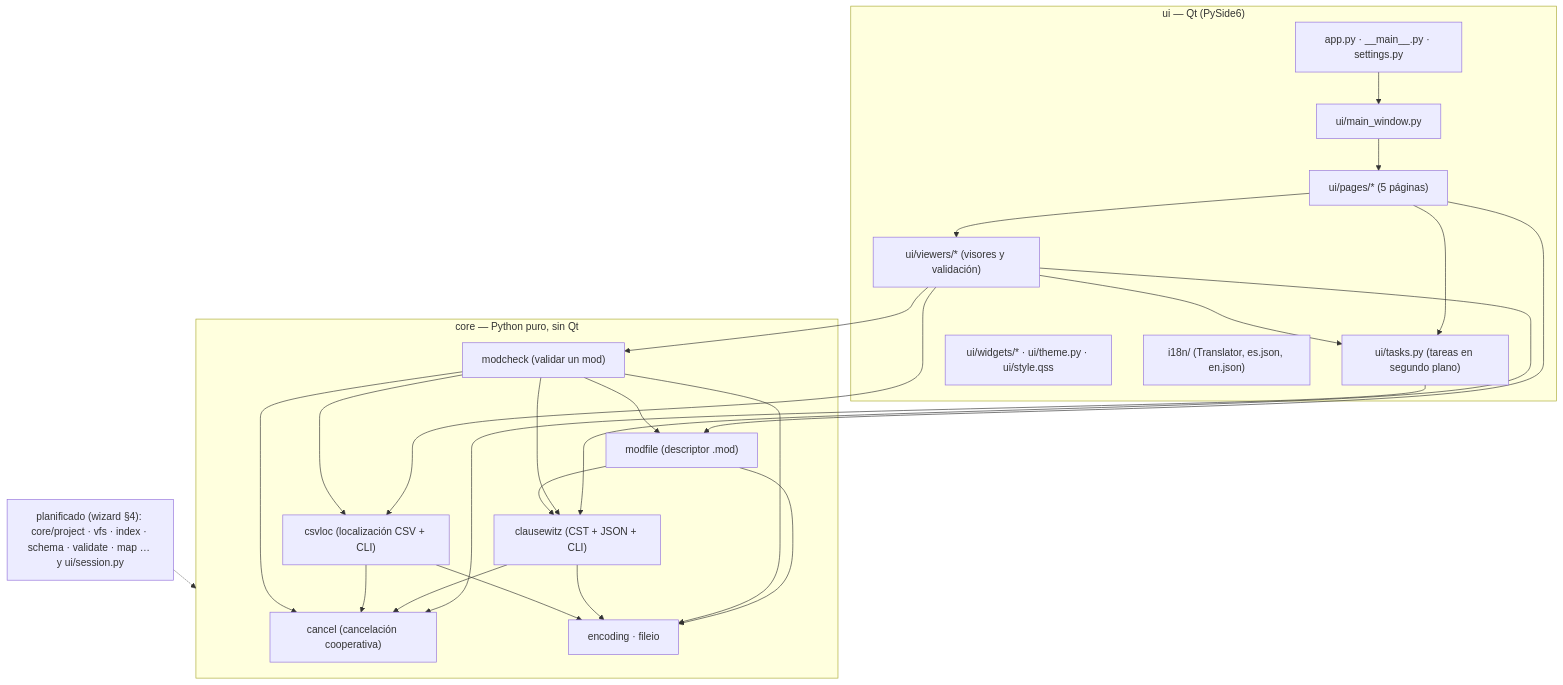
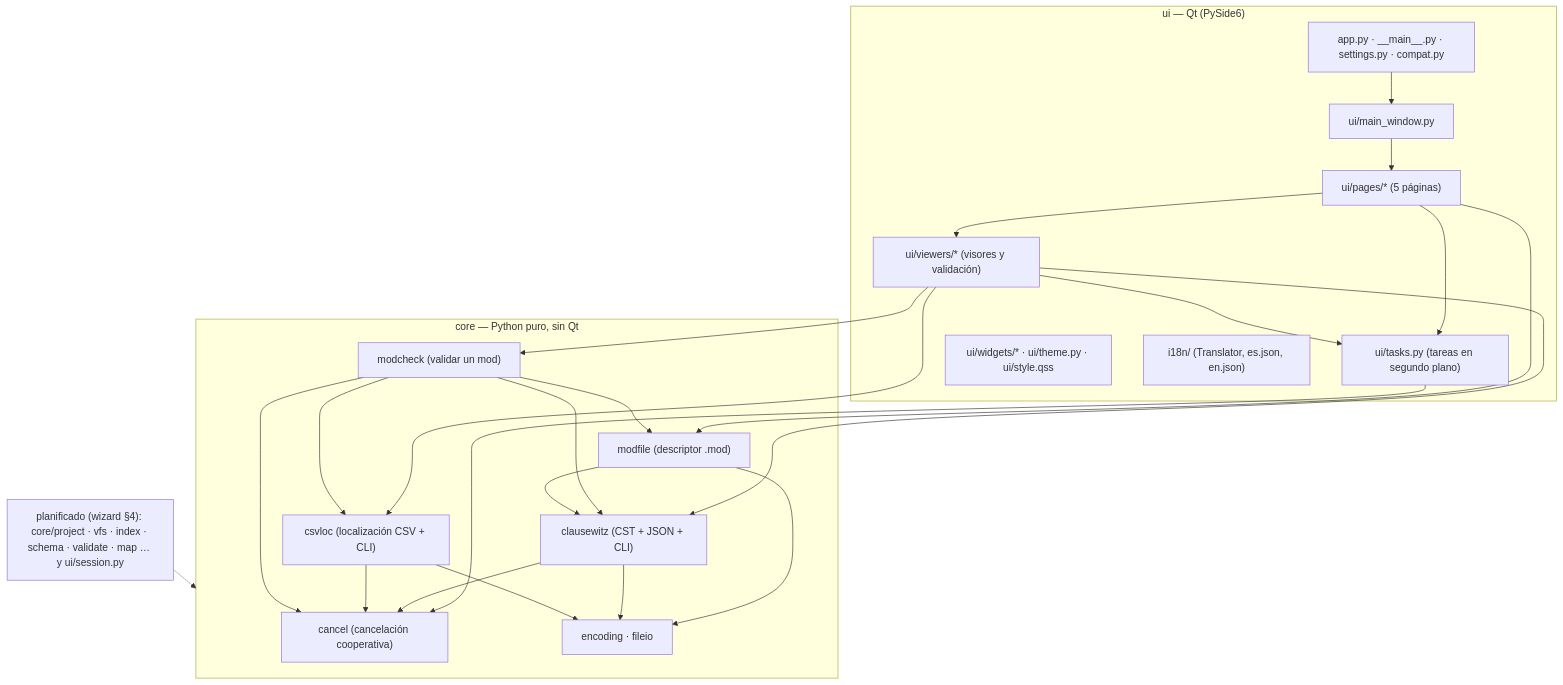
Before and after one commit to pickatroll12-arch/VictoriaII_ModWizard: the diagram in ARCHITECTURE.md, drawn with Mermaid. The commit also changed other lines of this file and 2 other files, not shown here.

````diff
--- a/ARCHITECTURE.md
+++ b/ARCHITECTURE.md
@@ -164,42 +173,41 @@
 ```mermaid
 flowchart TB
     subgraph UI["ui — Qt (PySide6)"]
-        app["app.py · __main__.py · settings.py"]
+        app["app.py · __main__.py · settings.py · compat.py"]
         mw["ui/main_window.py"]
         pages["ui/pages/* (5 páginas)"]
         viewers["ui/viewers/* (visores y validación)"]
         tasks["ui/tasks.py (tareas en segundo plano)"]
         widgets["ui/widgets/* · ui/theme.py · ui/style.qss"]
         i18n["i18n/ (Translator, es.json, en.json)"]
     end
     subgraph CORE["core — Python puro, sin Qt"]
         cancel["cancel (cancelación cooperativa)"]
         enc["encoding · fileio"]
         cw["clausewitz (CST + JSON + CLI)"]
         csv["csvloc (localización CSV + CLI)"]
         modfile["modfile (descriptor .mod)"]
         modcheck["modcheck (validar un mod)"]
     end
     planned["planificado (wizard §4): core/project · vfs · index · schema · validate · map … y ui/session.py"]
     app --> mw --> pages
     pages --> viewers
     pages --> tasks
     viewers --> tasks
     tasks --> cancel
     pages --> modfile
     viewers --> cw
     viewers --> csv
     viewers --> modcheck
     modcheck --> modfile
     modcheck --> cw
     modcheck --> csv
     modfile --> cw
     modfile --> enc
-    modcheck --> enc
     cw --> enc
     csv --> enc
     cw --> cancel
     csv --> cancel
     modcheck --> cancel
     planned -.-> CORE
 ```
````
